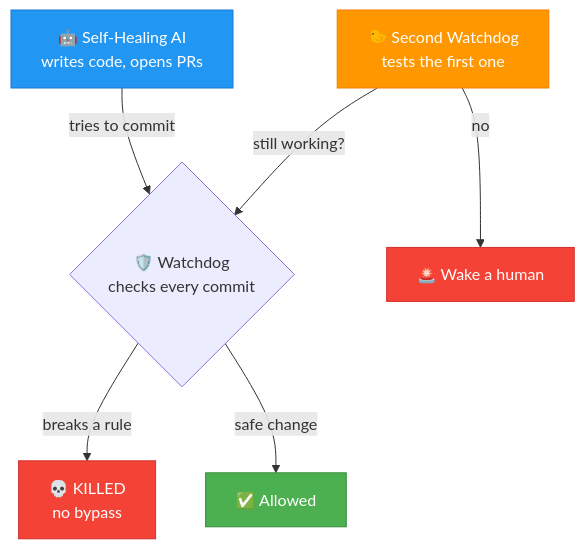
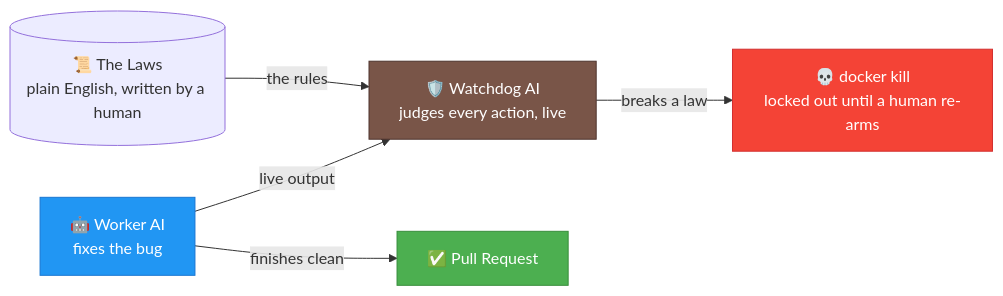
The sixth of 7 diagrams in README.md (bluefermion/feedback), drawn with Mermaid before and after one commit. The commit also changed other lines of this file and 12 other files, not shown here.

````diff
--- a/README.md
+++ b/README.md
@@ -204,21 +230,18 @@
 ```mermaid
-flowchart TB
-    Agent["🤖 Self-Healing AI<br/>writes code, opens PRs"]
-    Watchdog{"🛡️ Watchdog<br/>checks every commit"}
-    Kill["💀 KILLED<br/>no bypass"]
-    OK["✅ Allowed"]
-    Canary["🐤 Second Watchdog<br/>tests the first one"]
-    Human["🚨 Wake a human"]
+flowchart LR
+    Laws[("📜 The Laws<br/>plain English, written by a human")]
+    Agent["🤖 Worker AI<br/>fixes the bug"]
+    Watchdog["🛡️ Watchdog AI<br/>judges every action, live"]
+    Kill["💀 docker kill<br/>locked out until a human re-arms"]
+    PR["✅ Pull Request"]
 
-    Agent -->|"tries to commit"| Watchdog
-    Watchdog -->|"breaks a rule"| Kill
-    Watchdog -->|"safe change"| OK
-    Canary -->|"still working?"| Watchdog
-    Canary -->|"no"| Human
+    Laws -->|"the rules"| Watchdog
+    Agent -->|"live output"| Watchdog
+    Watchdog -->|"breaks a law"| Kill
+    Agent -->|"finishes clean"| PR
 
     style Agent fill:#2196F3,stroke:#1976D2,color:#fff
+    style Watchdog fill:#795548,stroke:#4E342E,color:#fff
     style Kill fill:#f44336,stroke:#d32f2f,color:#fff
-    style OK fill:#4CAF50,stroke:#388E3C,color:#fff
-    style Canary fill:#FF9800,stroke:#F57C00,color:#fff
-    style Human fill:#f44336,stroke:#d32f2f,color:#fff
+    style PR fill:#4CAF50,stroke:#388E3C,color:#fff
 ```
````
